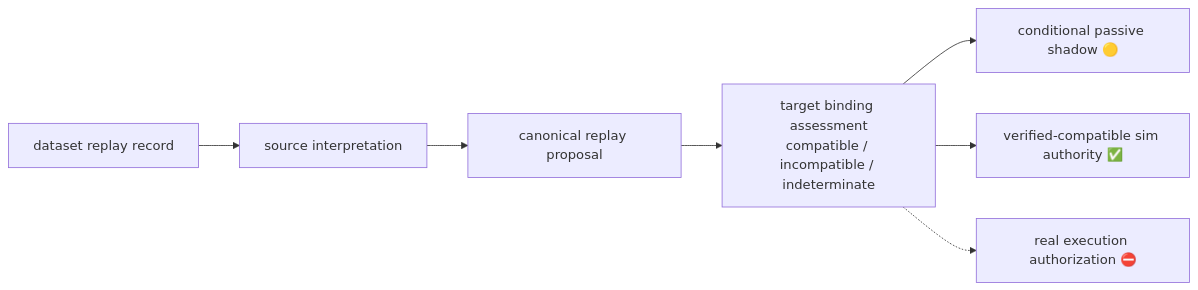
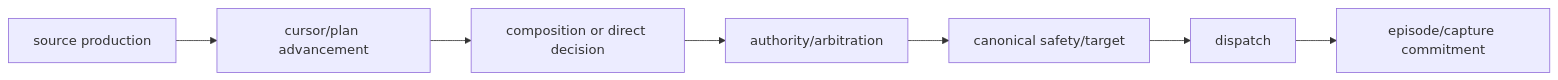
The eighth of 9 diagrams in docs/architecture/dexteleop_architecture_visual_guide.md (xiaopangxiexyg/AgenticRobot), drawn with Mermaid before and after one commit. The commit also changed other lines of this file and 3 other files, not shown here.

Commit message:
docs: refresh the architecture visual guide

````diff
--- a/docs/architecture/dexteleop_architecture_visual_guide.md
+++ b/docs/architecture/dexteleop_architecture_visual_guide.md
@@ -757,9 +232,9 @@
 ```mermaid
 flowchart LR
-    Row["dataset replay record"] --> Interpret["source interpretation"]
-    Interpret --> Canonical["canonical replay proposal"]
-    Canonical --> Assess["target binding assessment<br/>compatible / incompatible / indeterminate"]
-    Assess --> Passive["conditional passive shadow 🟡"]
-    Assess --> Sim["verified-compatible sim authority ✅"]
-    Assess -.-> Real["real execution authorization ⛔"]
+    Produce["source production"] --> Advance["cursor/plan advancement"]
+    Advance --> Decide["composition or direct decision"]
+    Decide --> Authority["authority/arbitration"]
+    Authority --> Safety["canonical safety/target"]
+    Safety --> Dispatch["dispatch"]
+    Dispatch --> Commit["episode/capture commitment"]
 ```
````
